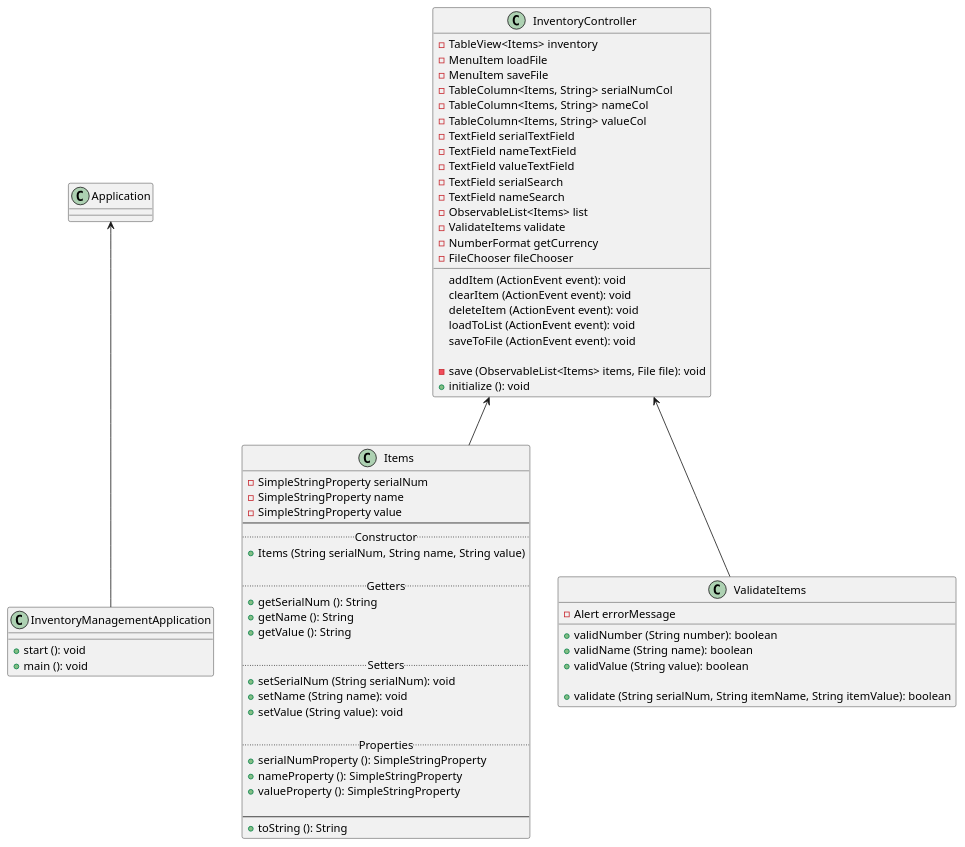
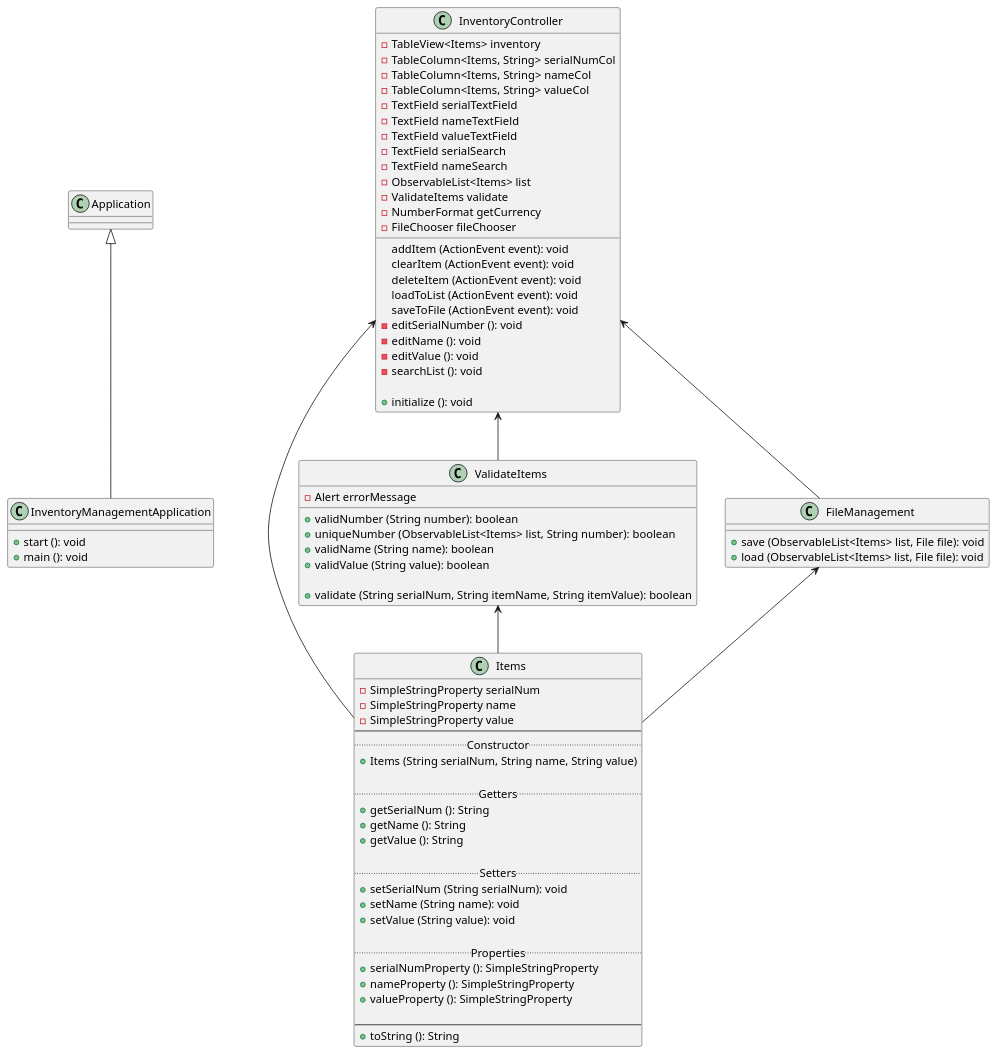
One commit to Leo2399/herrera-app2 changed the diagram in docs/ApplicationAssignment2.puml. Above: the diagram before and after it, drawn with PlantUML.

Commit message:
updated puml

```diff
--- a/docs/ApplicationAssignment2.puml
+++ b/docs/ApplicationAssignment2.puml
@@ -1,78 +1,89 @@
 @startuml
 
 class InventoryManagementApplication {
     +start (): void
     +main (): void
 }
 
-Application <-- InventoryManagementApplication
+Application <|-- InventoryManagementApplication
 
 class InventoryController {
     -TableView<Items> inventory
-    -MenuItem loadFile
-    -MenuItem saveFile
     -TableColumn<Items, String> serialNumCol
     -TableColumn<Items, String> nameCol
     -TableColumn<Items, String> valueCol
     -TextField serialTextField
     -TextField nameTextField
     -TextField valueTextField
     -TextField serialSearch
     -TextField nameSearch
     -ObservableList<Items> list
     -ValidateItems validate
     -NumberFormat getCurrency
     -FileChooser fileChooser
 
     addItem (ActionEvent event): void
     clearItem (ActionEvent event): void
     deleteItem (ActionEvent event): void
     loadToList (ActionEvent event): void
     saveToFile (ActionEvent event): void
+    -editSerialNumber (): void
+    -editName (): void
+    -editValue (): void
+    -searchList (): void
 
-    -save (ObservableList<Items> items, File file): void
     +initialize (): void
 }
 
 class Items {
     -SimpleStringProperty serialNum
     -SimpleStringProperty name
     -SimpleStringProperty value
 --
     ..Constructor..
     +Items (String serialNum, String name, String value)
 
     ..Getters..
     +getSerialNum (): String
     +getName (): String
     +getValue (): String
 
     ..Setters..
     +setSerialNum (String serialNum): void
     +setName (String name): void
     +setValue (String value): void
 
     ..Properties..
     +serialNumProperty (): SimpleStringProperty
     +nameProperty (): SimpleStringProperty
     +valueProperty (): SimpleStringProperty
 
     --
     +toString (): String
 }
 
 InventoryController <-- Items
+ValidateItems <-- Items
+FileManagement <-- Items
 
 class ValidateItems {
     -Alert errorMessage
 
     +validNumber (String number): boolean
+    +uniqueNumber (ObservableList<Items> list, String number): boolean
     +validName (String name): boolean
     +validValue (String value): boolean
 
     +validate (String serialNum, String itemName, String itemValue): boolean
 }
 
 InventoryController <--ValidateItems
 
+class FileManagement {
+    +save (ObservableList<Items> list, File file): void
+    +load (ObservableList<Items> list, File file): void
+}
+
+InventoryController <-- FileManagement
+
 @enduml
```
